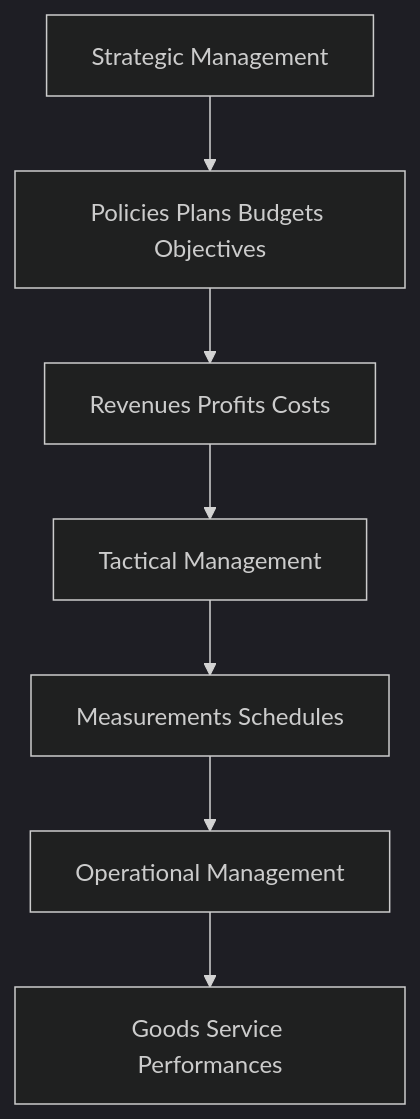
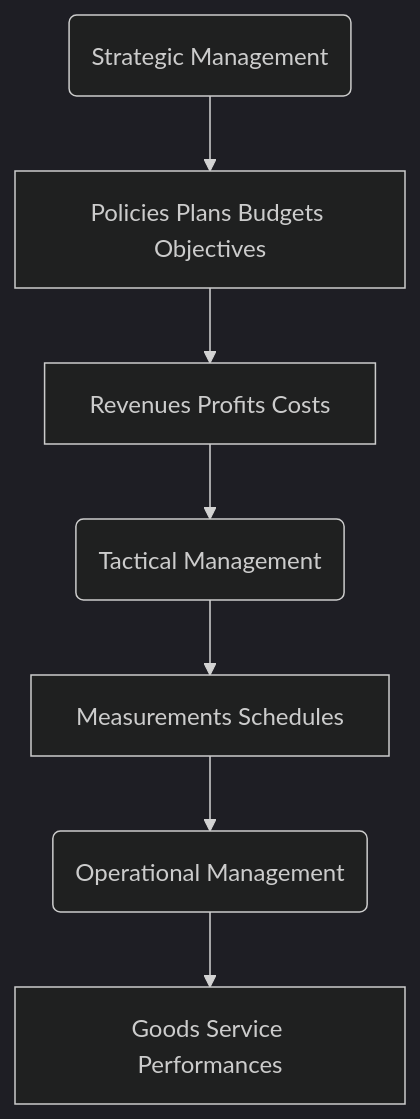
The diagram in Organization and Management/Edited ones/Chapter 5 MIS.md (waraunika/Note-7thsem), drawn with Mermaid (dark theme) before and after one commit. The commit also changed other lines of this file and 13 other files, not shown here.

````diff
--- a/Organization and Management/Edited ones/Chapter 5 MIS.md
+++ b/Organization and Management/Edited ones/Chapter 5 MIS.md
@@ -296,9 +294,9 @@
 ```mermaid
 flowchart TD
-    A[Strategic Management] --> B[Policies Plans Budgets Objectives]
+    A(Strategic Management) --> B[Policies Plans Budgets Objectives]
     B --> C[Revenues Profits Costs]
-    C --> D[Tactical Management]
+    C --> D(Tactical Management)
     D --> E[Measurements Schedules]
-    E --> F[Operational Management]
+    E --> F(Operational Management)
     F --> G[Goods Service Performances]
 ```
````
